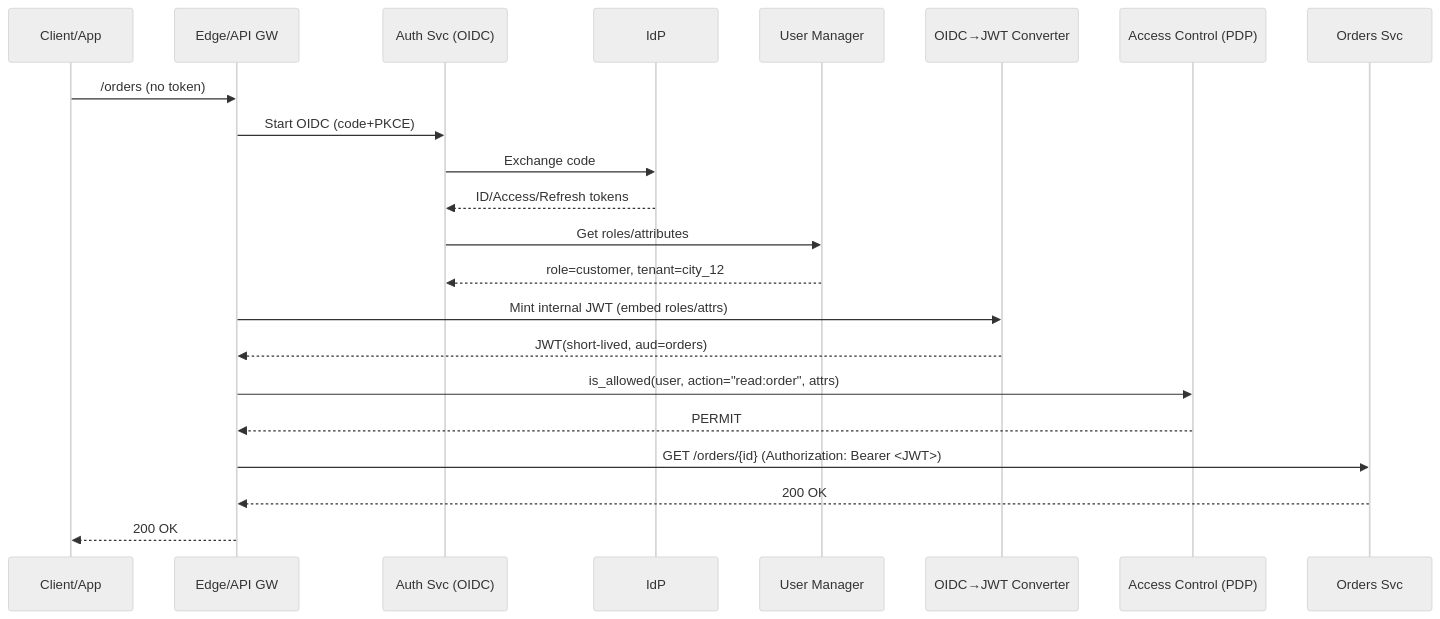
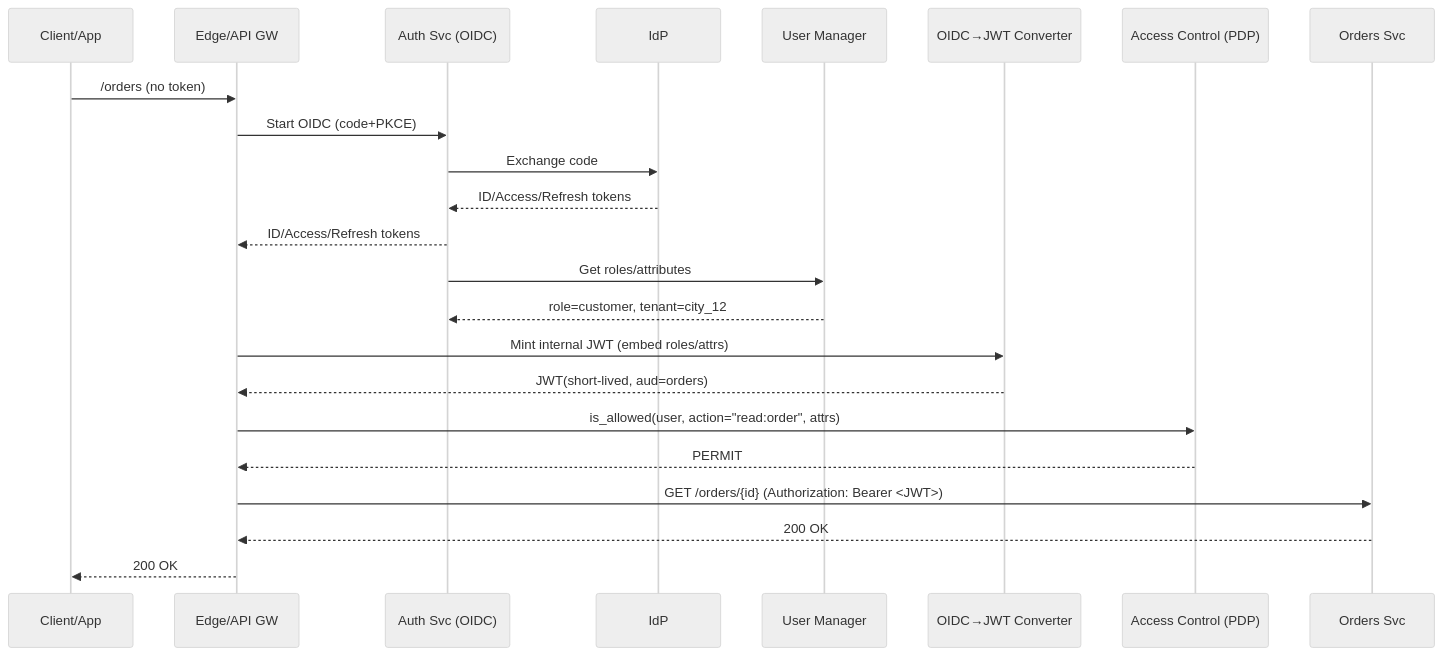
The third of 13 diagrams in docs/02-architecture.md (aumashankar/food-delivery-system), drawn with Mermaid (neutral theme) before and after one commit.

Commit message:
Architecture - fix auth flow

````diff
--- a/docs/02-architecture.md
+++ b/docs/02-architecture.md
@@ -112,26 +112,27 @@
 ```mermaid
 sequenceDiagram
   participant App as Client/App
   participant Edge as Edge/API GW
   participant Auth as Auth Svc (OIDC)
   participant IdP as IdP
   participant UMS as User Manager
   participant Conv as OIDC→JWT Converter
   participant ACS as Access Control (PDP)
   participant ORD as Orders Svc
 
   App->>Edge: /orders (no token)
   Edge->>Auth: Start OIDC (code+PKCE)
   Auth->>IdP: Exchange code
   IdP-->>Auth: ID/Access/Refresh tokens
+  Auth-->>Edge: ID/Access/Refresh tokens
   Auth->>UMS: Get roles/attributes
   UMS-->>Auth: role=customer, tenant=city_12
   Edge->>Conv: Mint internal JWT (embed roles/attrs)
   Conv-->>Edge: JWT(short-lived, aud=orders)
   Edge->>ACS: is_allowed(user, action="read:order", attrs)
   ACS-->>Edge: PERMIT
   Edge->>ORD: GET /orders/{id} (Authorization: Bearer <JWT>)
   ORD-->>Edge: 200 OK
   Edge-->>App: 200 OK
 
 ```
````
